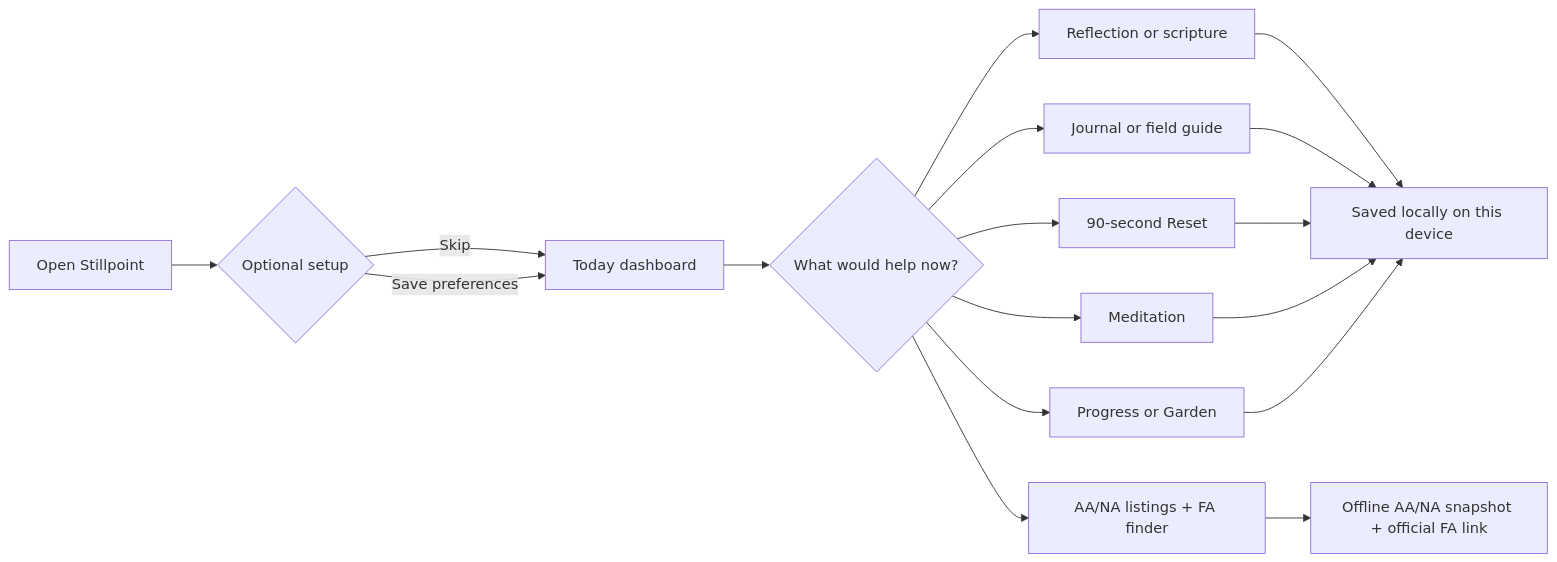
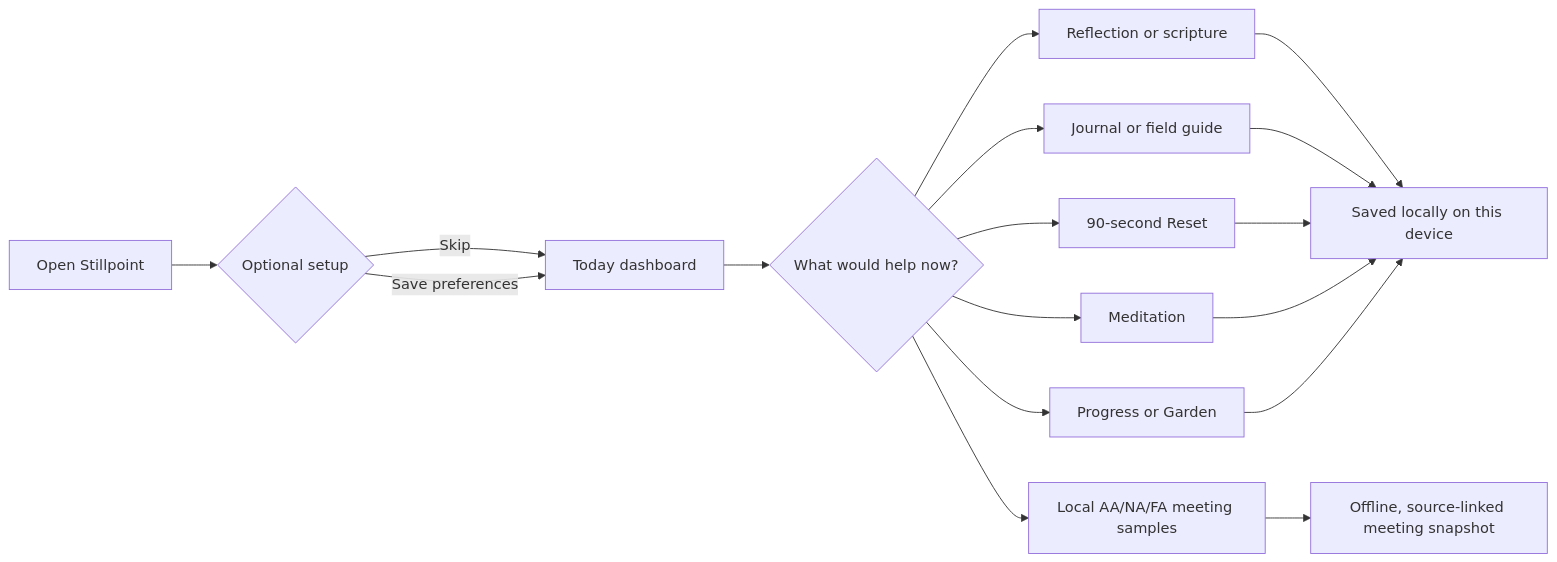
One commit to mcochranca-code/stillpoint-recovery changed the first of 4 diagrams in README.md. Above: the diagram before and after it, drawn with Mermaid. The commit also changed other lines of this file and 30 other files, not shown here.

Commit message:
Expand reminders, charms, and offline meeting directory

````diff
--- a/README.md
+++ b/README.md
@@ -57,19 +57,19 @@
 ```mermaid
 flowchart LR
     Open[Open Stillpoint] --> Setup{Optional setup}
     Setup -->|Skip| Today[Today dashboard]
     Setup -->|Save preferences| Today
     Today --> Choice{What would help now?}
     Choice --> Reflect[Reflection or scripture]
     Choice --> Write[Journal or field guide]
     Choice --> Reset[90-second Reset]
     Choice --> Practice[Meditation]
     Choice --> Review[Progress or Garden]
-    Choice --> Meet[AA/NA listings + FA finder]
-    Meet --> Snapshot[Offline AA/NA snapshot + official FA link]
+    Choice --> Meet[Local AA/NA/FA meeting samples]
+    Meet --> Snapshot[Offline, source-linked meeting snapshot]
     Reflect --> Local[Saved locally on this device]
     Write --> Local
     Reset --> Local
     Practice --> Local
     Review --> Local
 ```
````
